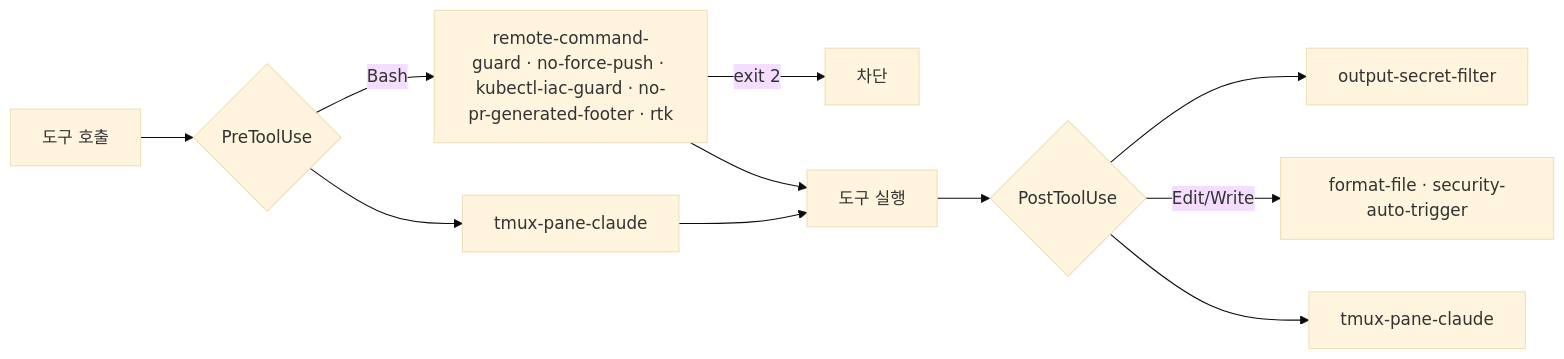
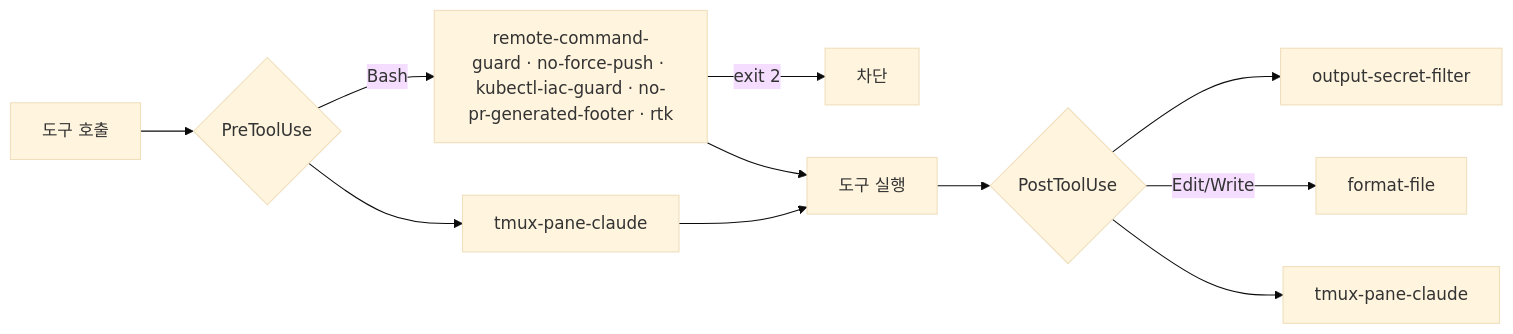
Before and after one commit to byunghak/.dotfiles: the first of 2 diagrams in claude/.claude/README.md, drawn with Mermaid (base theme). The commit also changed other lines of this file and 4 other files, not shown here.

Commit message:
[UPDATE] settings: subagent sonnet default, hook timeouts, autoMode env, drop duplicate security hook

````diff
--- a/claude/.claude/README.md
+++ b/claude/.claude/README.md
@@ -64,13 +64,13 @@
 ```mermaid
 flowchart LR
   A[도구 호출] --> B{PreToolUse}
   B -->|Bash| G[remote-command-guard · no-force-push · kubectl-iac-guard · no-pr-generated-footer · rtk]
   B --> T[tmux-pane-claude]
   G -->|exit 2| X[차단]
   G --> R[도구 실행]
   T --> R
   R --> C{PostToolUse}
   C --> S[output-secret-filter]
-  C -->|Edit/Write| F[format-file · security-auto-trigger]
+  C -->|Edit/Write| F[format-file]
   C --> T2[tmux-pane-claude]
 ```
````
